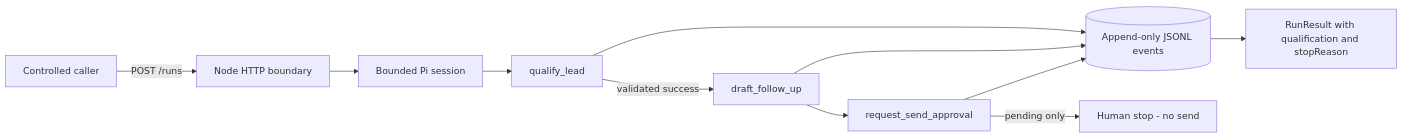
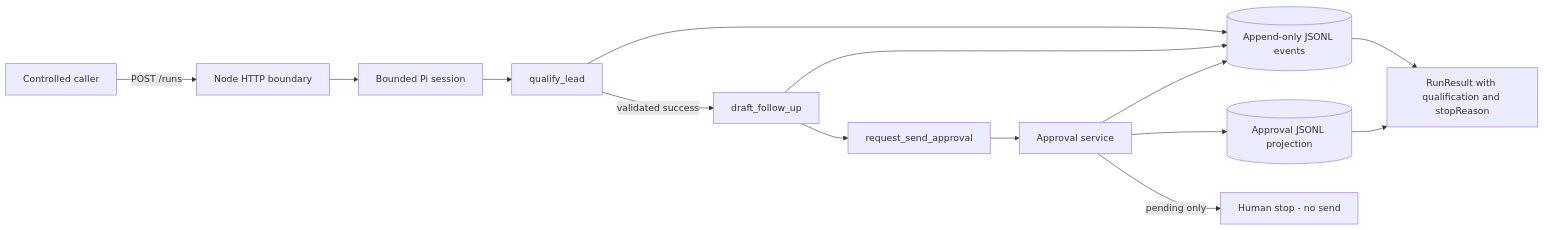
One commit to moshehbenavraham/production-agent-workshop changed the diagram in README.md. Above: the diagram before and after it, drawn with Mermaid. The commit also changed other lines of this file and 30 other files, not shown here.

Commit message:
Complete phase01-session03-durable-approval-integration: integrate durable approvals

````diff
--- a/README.md
+++ b/README.md
@@ -18,13 +19,16 @@
 ```mermaid
 flowchart LR
     Caller[Controlled caller] -->|POST /runs| HTTP[Node HTTP boundary]
     HTTP --> Pi[Bounded Pi session]
     Pi --> Q[qualify_lead]
     Q -->|validated success| D[draft_follow_up]
     D --> A[request_send_approval]
+    A --> Service[Approval service]
+    Service --> Approvals[(Approval JSONL projection)]
     Q --> Events[(Append-only JSONL events)]
     D --> Events
-    A --> Events
+    Service --> Events
     Events --> Result[RunResult with qualification and stopReason]
-    A -->|pending only| Stop[Human stop - no send]
+    Approvals --> Result
+    Service -->|pending only| Stop[Human stop - no send]
 ```
````
